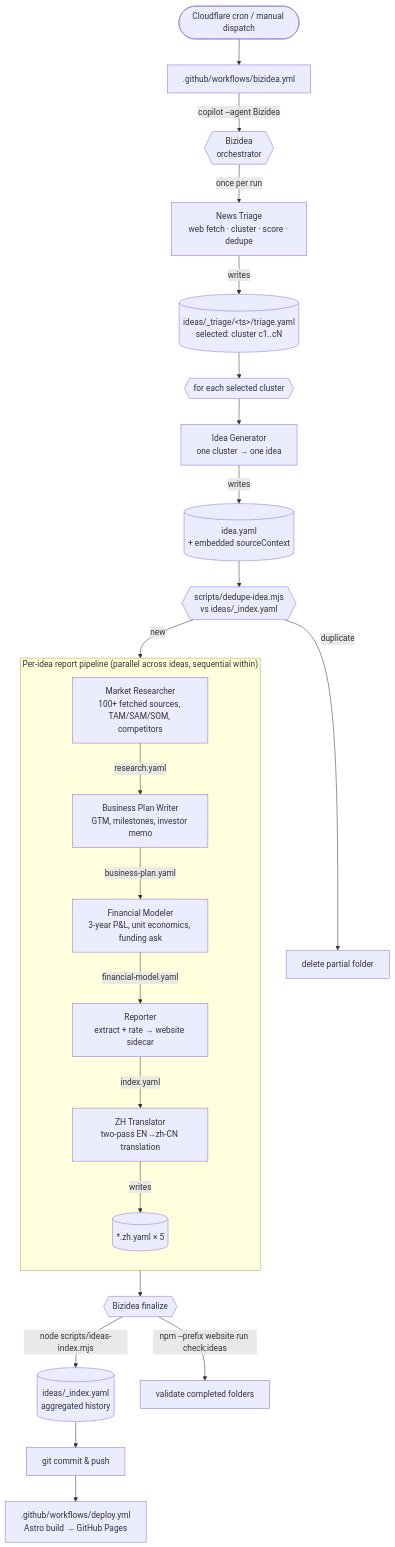
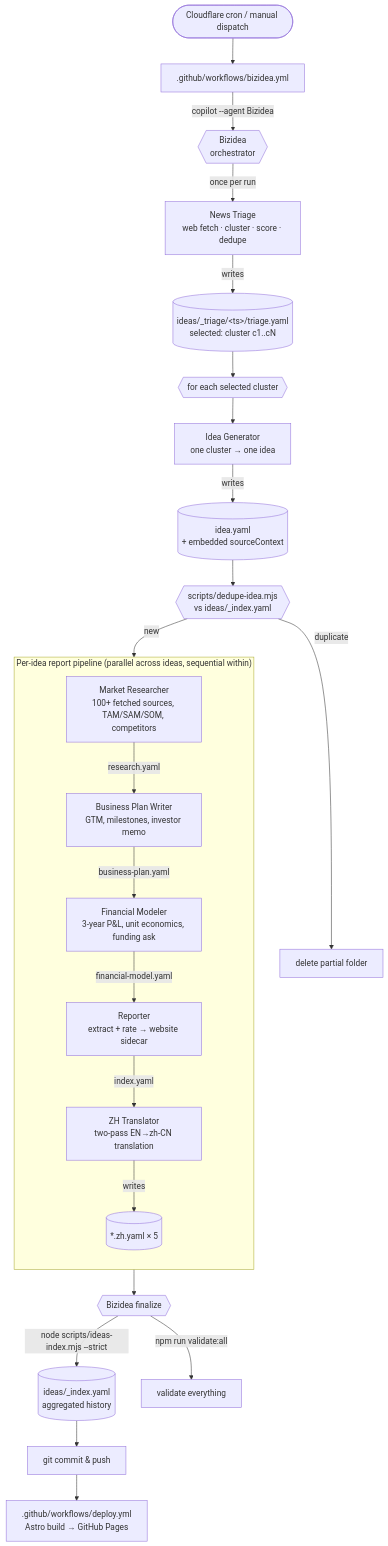
One commit to vibewatch/bizidea changed the diagram in README.md. Above: the diagram before and after it, drawn with Mermaid. The commit also changed other lines of this file and 10 other files, not shown here.

````diff
--- a/README.md
+++ b/README.md
@@ -13,30 +13,30 @@
 ```mermaid
 flowchart TD
   cron([Cloudflare cron / manual dispatch]) --> wf[".github/workflows/bizidea.yml"]
     wf -->|"copilot --agent Bizidea"| orch{{"Bizidea<br/>orchestrator"}}
 
     orch -->|"once per run"| triage["News Triage<br/>web fetch · cluster · score · dedupe"]
     triage -->|"writes"| triageFile[("ideas/_triage/&lt;ts&gt;/triage.yaml<br/>selected: cluster c1..cN")]
 
     triageFile --> fanout{{"for each selected cluster"}}
     fanout --> idea["Idea Generator<br/>one cluster &rarr; one idea"]
     idea -->|"writes"| ideaFile[("idea.yaml<br/>+ embedded sourceContext")]
     ideaFile --> dedup{{"scripts/dedupe-idea.mjs<br/>vs ideas/_index.yaml"}}
     dedup -->|"duplicate"| drop["delete partial folder"]
     dedup -->|"new"| pipeline
 
     subgraph pipeline ["Per-idea report pipeline (parallel across ideas, sequential within)"]
         direction TB
         mr["Market Researcher<br/>100+ fetched sources, TAM/SAM/SOM, competitors"] -->|"research.yaml"| bp["Business Plan Writer<br/>GTM, milestones, investor memo"]
         bp -->|"business-plan.yaml"| fm["Financial Modeler<br/>3-year P&amp;L, unit economics, funding ask"]
         fm -->|"financial-model.yaml"| rep["Reporter<br/>extract + rate &rarr; website sidecar"]
         rep -->|"index.yaml"| zh["ZH Translator<br/>two-pass EN&rarr;zh-CN translation"]
         zh -->|"writes"| zhFiles[("*.zh.yaml &times; 5")]
     end
 
     zhFiles --> finalize{{"Bizidea finalize"}}
-    finalize -->|"node scripts/ideas-index.mjs"| indexFile[("ideas/_index.yaml<br/>aggregated history")]
-    finalize -->|"npm --prefix website run check:ideas"| validate["validate completed folders"]
+    finalize -->|"node scripts/ideas-index.mjs --strict"| indexFile[("ideas/_index.yaml<br/>aggregated history")]
+    finalize -->|"npm run validate:all"| validate["validate everything"]
     indexFile --> push["git commit &amp; push"]
     push --> deploy[".github/workflows/deploy.yml<br/>Astro build &rarr; GitHub Pages"]
 ```
````
